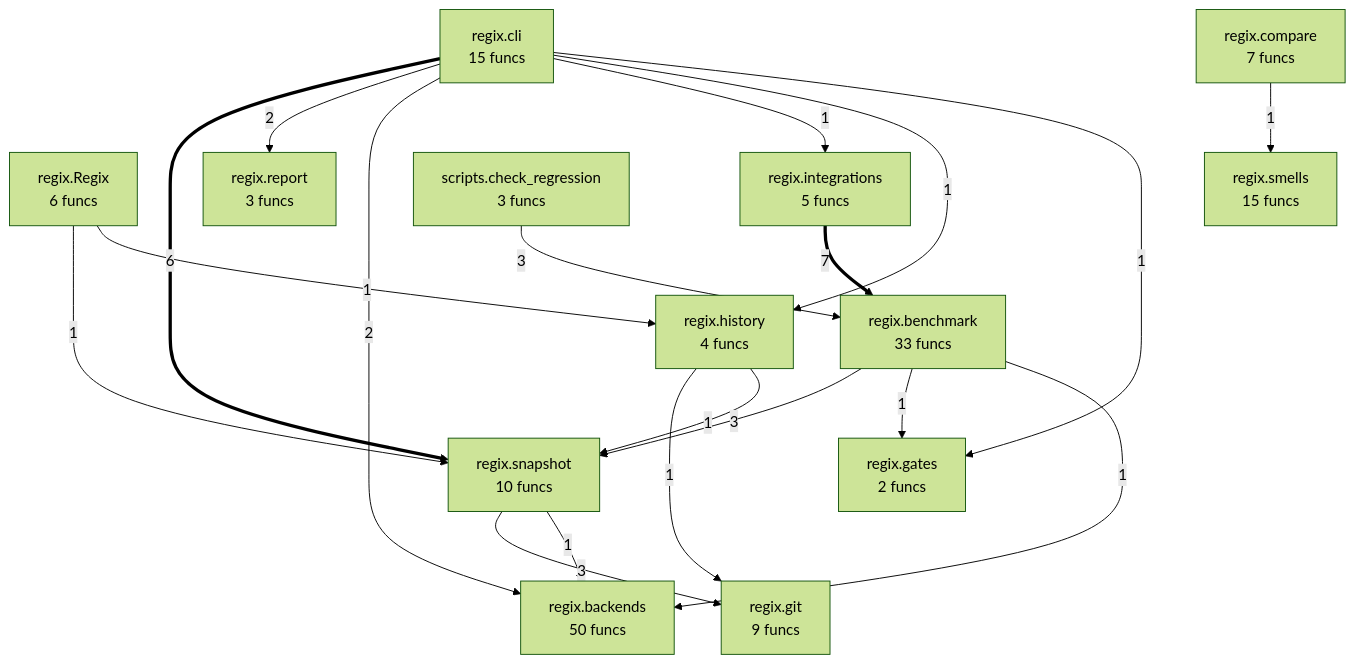
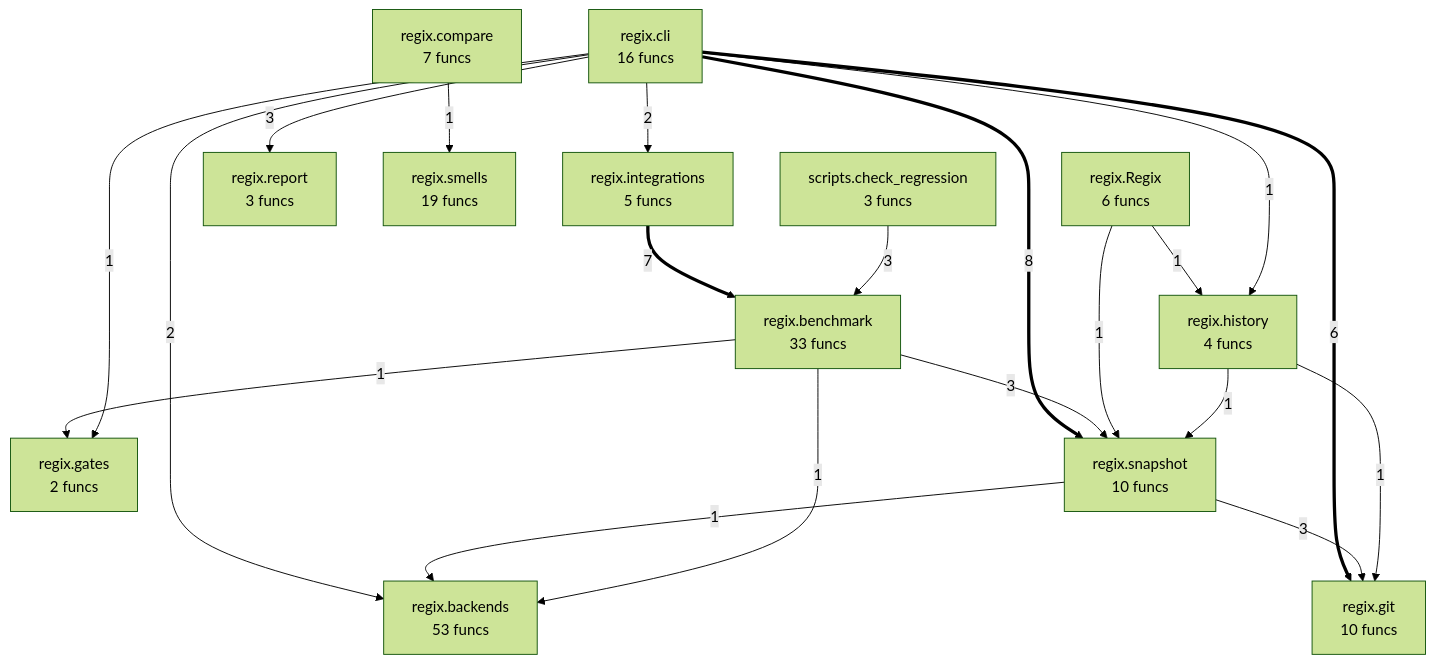
The diagram in project/compact_flow.mmd (semcod/regix), drawn with Mermaid (forest theme) before and after one commit. The commit also changed 37 other files, not shown here.

```diff
--- a/project/compact_flow.mmd
+++ b/project/compact_flow.mmd
@@ -1,33 +1,34 @@
 flowchart TD
 %% generated in 0.01s
     regix__Regix["regix.Regix<br/>6 funcs"]
-    regix__backends["regix.backends<br/>50 funcs"]
+    regix__backends["regix.backends<br/>53 funcs"]
     regix__benchmark["regix.benchmark<br/>33 funcs"]
-    regix__cli["regix.cli<br/>15 funcs"]
+    regix__cli["regix.cli<br/>16 funcs"]
     regix__compare["regix.compare<br/>7 funcs"]
     regix__gates["regix.gates<br/>2 funcs"]
-    regix__git["regix.git<br/>9 funcs"]
+    regix__git["regix.git<br/>10 funcs"]
     regix__history["regix.history<br/>4 funcs"]
     regix__integrations["regix.integrations<br/>5 funcs"]
     regix__report["regix.report<br/>3 funcs"]
-    regix__smells["regix.smells<br/>15 funcs"]
+    regix__smells["regix.smells<br/>19 funcs"]
     regix__snapshot["regix.snapshot<br/>10 funcs"]
     scripts__check_regression["scripts.check_regression<br/>3 funcs"]
+    regix__cli ==>|8| regix__snapshot
     regix__integrations ==>|7| regix__benchmark
-    regix__cli ==>|6| regix__snapshot
+    regix__cli ==>|6| regix__git
     scripts__check_regression -->|3| regix__benchmark
+    regix__snapshot -->|3| regix__git
     regix__benchmark -->|3| regix__snapshot
-    regix__snapshot -->|3| regix__git
-    regix__cli -->|2| regix__report
+    regix__cli -->|3| regix__report
+    regix__cli -->|2| regix__integrations
     regix__cli -->|2| regix__backends
     regix__Regix -->|1| regix__snapshot
     regix__Regix -->|1| regix__history
+    regix__compare -->|1| regix__smells
     regix__history -->|1| regix__git
     regix__history -->|1| regix__snapshot
+    regix__snapshot -->|1| regix__backends
     regix__benchmark -->|1| regix__gates
     regix__benchmark -->|1| regix__backends
-    regix__cli -->|1| regix__integrations
     regix__cli -->|1| regix__history
     regix__cli -->|1| regix__gates
-    regix__compare -->|1| regix__smells
-    regix__snapshot -->|1| regix__backends
```
